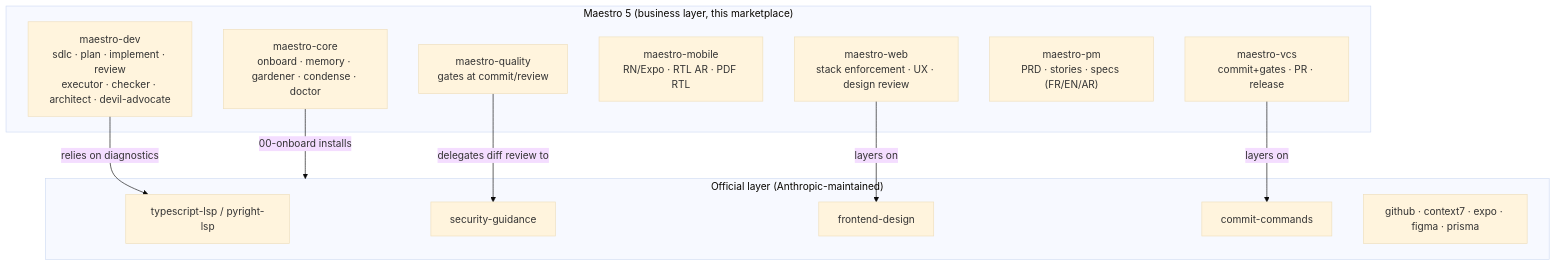
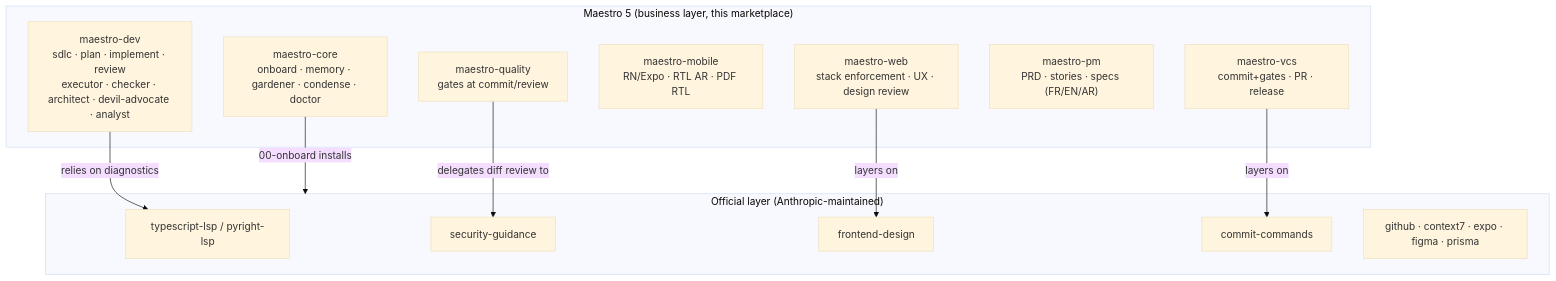
The diagram in docs/ARCHITECTURE.md (chakerben/maestro-v5), drawn with Mermaid (base theme) before and after one commit. The commit also changed other lines of this file and 38 other files, not shown here.

````diff
--- a/docs/ARCHITECTURE.md
+++ b/docs/ARCHITECTURE.md
@@ -5,26 +5,26 @@
 ```mermaid
 flowchart TB
   subgraph Official["Official layer (Anthropic-maintained)"]
     LSP["typescript-lsp / pyright-lsp"]
     SEC["security-guidance"]
     FD["frontend-design"]
     CC["commit-commands"]
     GH["github · context7 · expo · figma · prisma"]
   end
 
   subgraph Maestro["Maestro 5 (business layer, this marketplace)"]
     CORE["maestro-core<br/>onboard · memory · gardener · condense · doctor"]
-    DEV["maestro-dev<br/>sdlc · plan · implement · review<br/>executor · checker · architect · devil-advocate"]
+    DEV["maestro-dev<br/>sdlc · plan · implement · review<br/>executor · checker · architect · devil-advocate · analyst"]
     QUAL["maestro-quality<br/>gates at commit/review"]
     MOB["maestro-mobile<br/>RN/Expo · RTL AR · PDF RTL"]
     WEB["maestro-web<br/>stack enforcement · UX · design review"]
     PM["maestro-pm<br/>PRD · stories · specs (FR/EN/AR)"]
     VCS["maestro-vcs<br/>commit+gates · PR · release"]
   end
 
   CORE -->|"00-onboard installs"| Official
   WEB -->|"layers on"| FD
   VCS -->|"layers on"| CC
   DEV -->|"relies on diagnostics"| LSP
   QUAL -->|"delegates diff review to"| SEC
 ```
````
